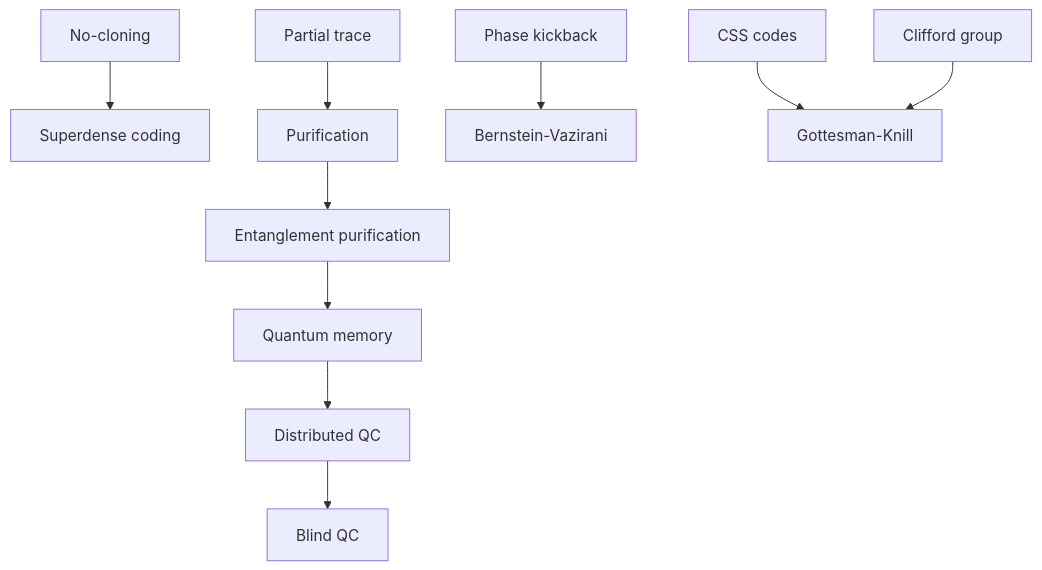
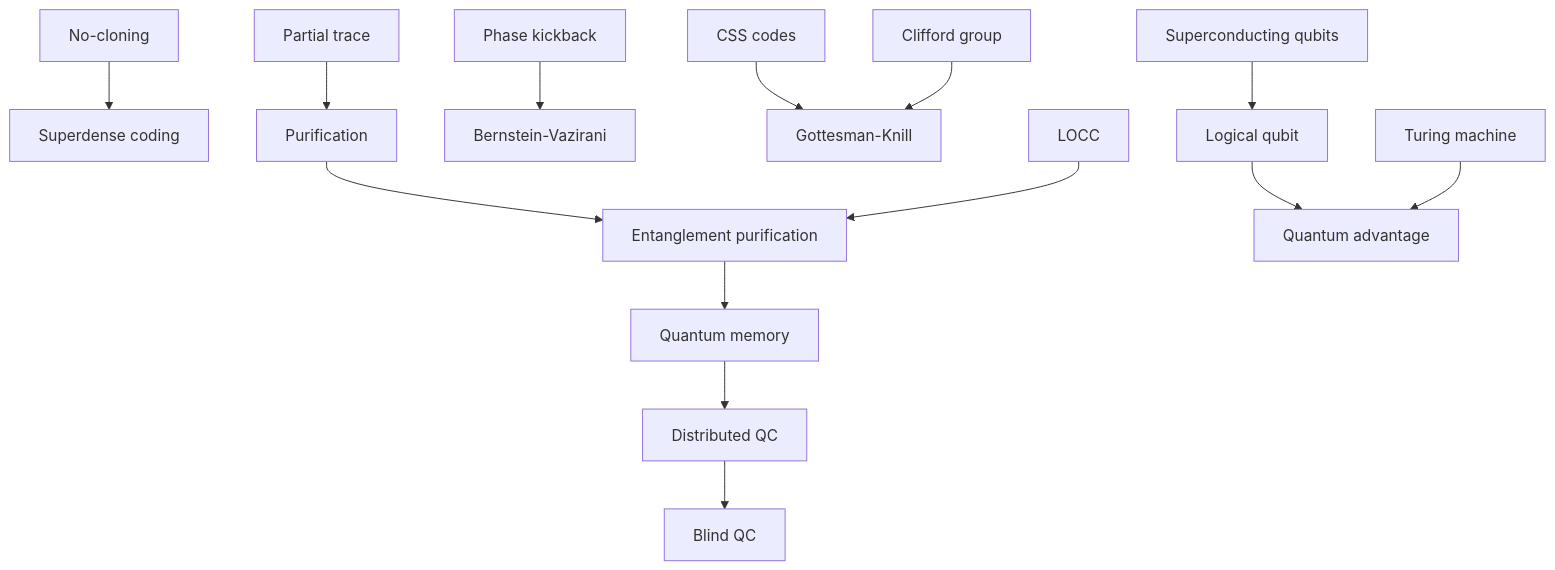
The diagram in Extra (not in course)/Extra.md (ArhamAkhtarAlam/mitxpro-my-notes), drawn with Mermaid before and after one commit. The commit also changed other lines of this file and 19 other files, not shown here.

````diff
--- a/Extra (not in course)/Extra.md
+++ b/Extra (not in course)/Extra.md
@@ -17,10 +20,13 @@
 ```mermaid
 flowchart TD
     NC["No-cloning"] --> SD["Superdense coding"]
     PT["Partial trace"] --> PU["Purification"]
     PU --> EP["Entanglement purification"]
     PK["Phase kickback"] --> BV["Bernstein-Vazirani"]
     CSS["CSS codes"] --> GK
     CL["Clifford group"] --> GK["Gottesman-Knill"]
     EP --> QM["Quantum memory"] --> DQC["Distributed QC"] --> BQC["Blind QC"]
+    LO["LOCC"] --> EP
+    SC["Superconducting qubits"] --> LQ["Logical qubit"] --> QA["Quantum advantage"]
+    TM["Turing machine"] --> QA
 ```
````
